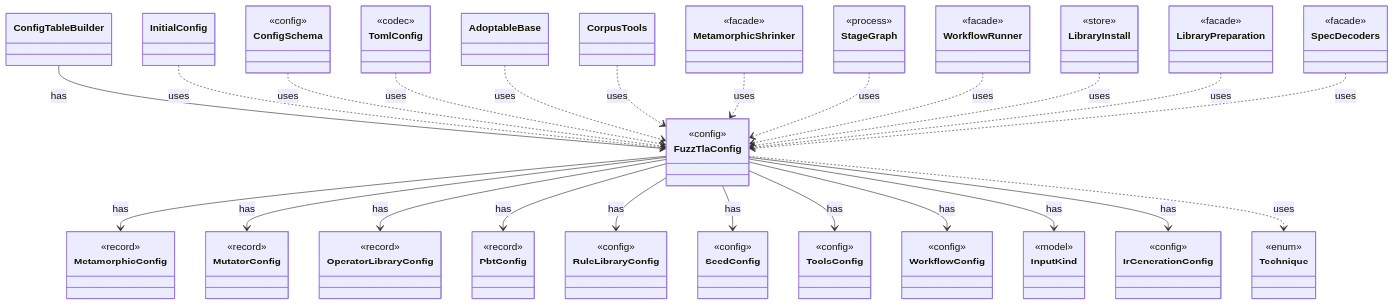
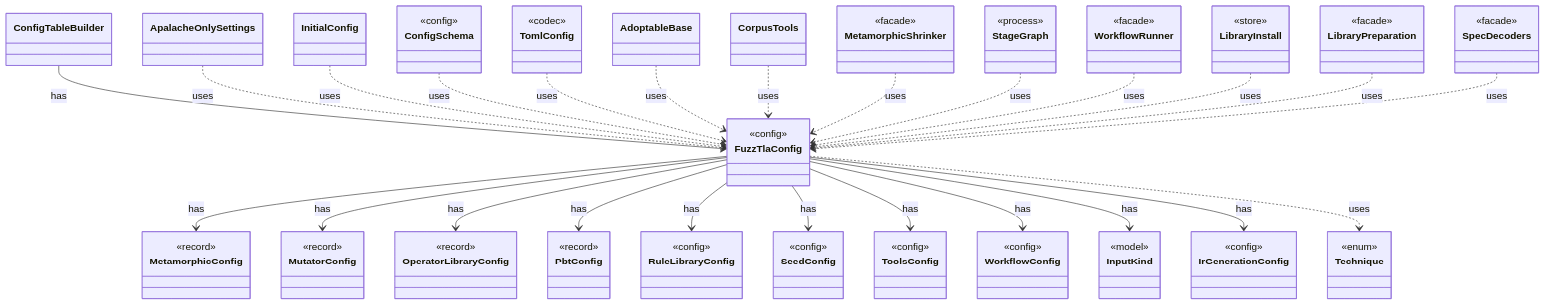
One commit to tlaplus/model-checker-hardening changed the diagram in dev/types/io.github.tlaplus.hardening.config.FuzzTlaConfig.md. Above: the diagram before and after it, drawn with Mermaid. The commit also changed other lines of this file and 412 other files, not shown here.

```diff
--- a/dev/types/io.github.tlaplus.hardening.config.FuzzTlaConfig.md
+++ b/dev/types/io.github.tlaplus.hardening.config.FuzzTlaConfig.md
@@ -43,6 +43,7 @@
   class Technique {
     <<enum>>
   }
+  class ApalacheOnlySettings
   class InitialConfig
   class ConfigSchema {
     <<config>>
@@ -82,6 +83,7 @@
   FuzzTlaConfig --> IrGenerationConfig : has
   ConfigTableBuilder --> FuzzTlaConfig : has
   FuzzTlaConfig ..> Technique : uses
+  ApalacheOnlySettings ..> FuzzTlaConfig : uses
   InitialConfig ..> FuzzTlaConfig : uses
   ConfigSchema ..> FuzzTlaConfig : uses
   TomlConfig ..> FuzzTlaConfig : uses
```
